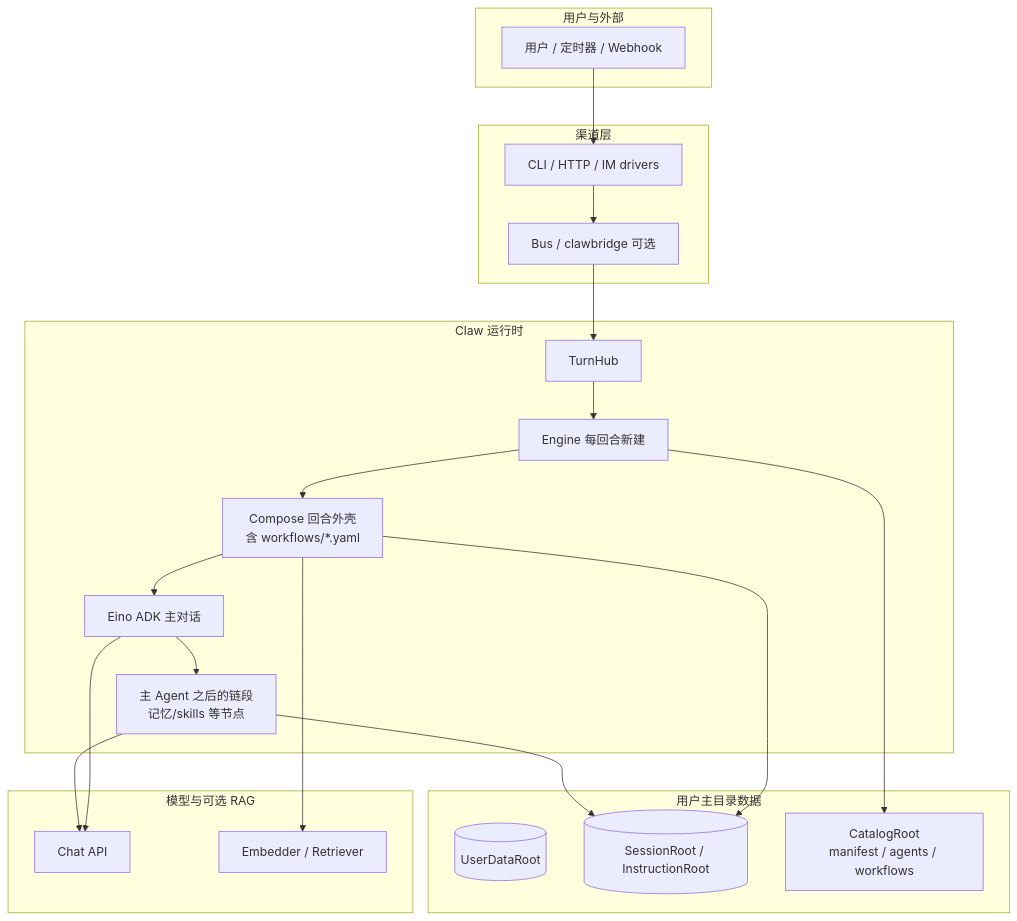
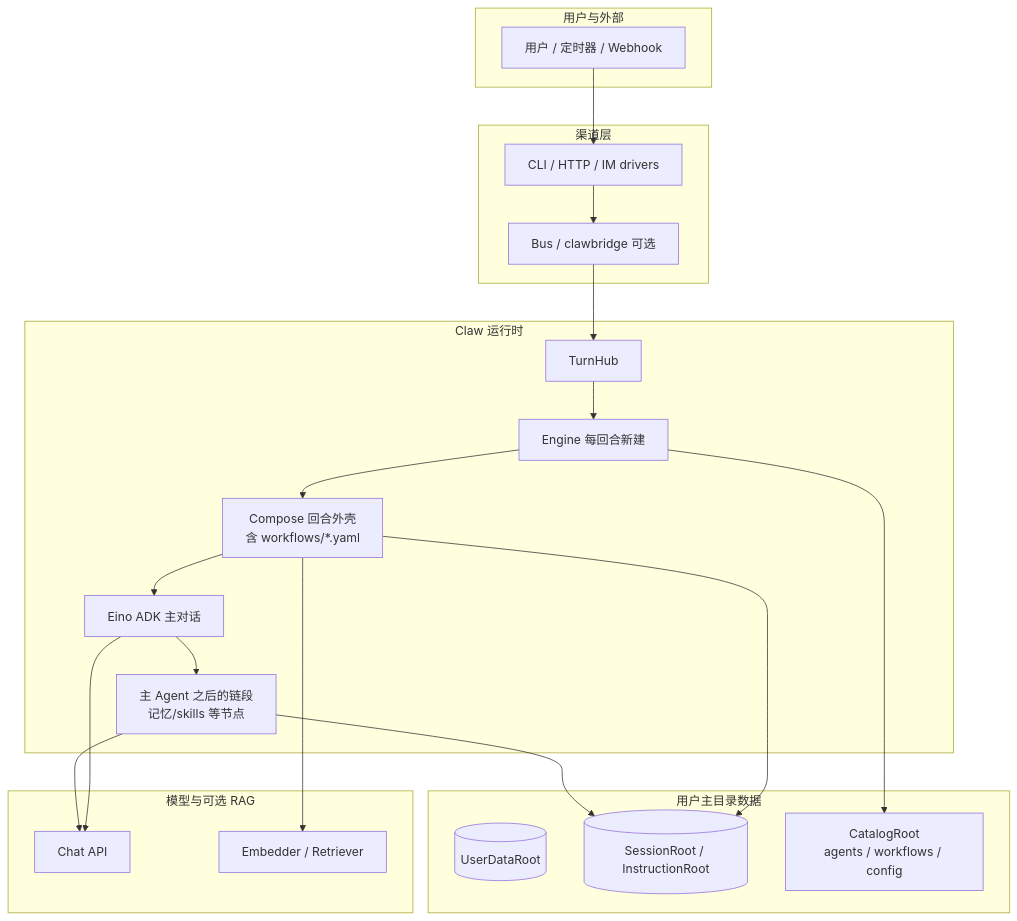
The first of 9 diagrams in docs/architecture.md (lengzhao/oneclaw), drawn with Mermaid before and after one commit. The commit also changed other lines of this file and 28 other files, not shown here.

````diff
--- a/docs/architecture.md
+++ b/docs/architecture.md
@@ -19,39 +19,39 @@
 ```mermaid
 flowchart TB
   subgraph users [用户与外部]
     U[用户 / 定时器 / Webhook]
   end
   subgraph channels [渠道层]
     B[Bus / clawbridge 可选]
     D[CLI / HTTP / IM drivers]
   end
   subgraph runtime [Claw 运行时]
     TH[TurnHub]
     EN[Engine 每回合新建]
     CF[Compose 回合外壳<br/>含 workflows/*.yaml]
     ADK[Eino ADK 主对话]
     NEXT[主 Agent 之后的链段<br/>记忆/skills 等节点]
   end
   subgraph disk [用户主目录数据]
     UD[(UserDataRoot)]
     SR[(SessionRoot / InstructionRoot)]
-    AG[CatalogRoot<br/>manifest / agents / workflows]
+    AG[CatalogRoot<br/>agents / workflows / config]
   end
   subgraph llm [模型与可选 RAG]
     API[Chat API]
     RAG[Embedder / Retriever]
   end
   U --> D
   D --> B
   B --> TH
   TH --> EN
   EN --> CF
   CF --> ADK
   ADK --> NEXT
   ADK --> API
   NEXT --> API
   CF --> SR
   NEXT --> SR
   EN --> AG
   CF --> RAG
 ```
````
